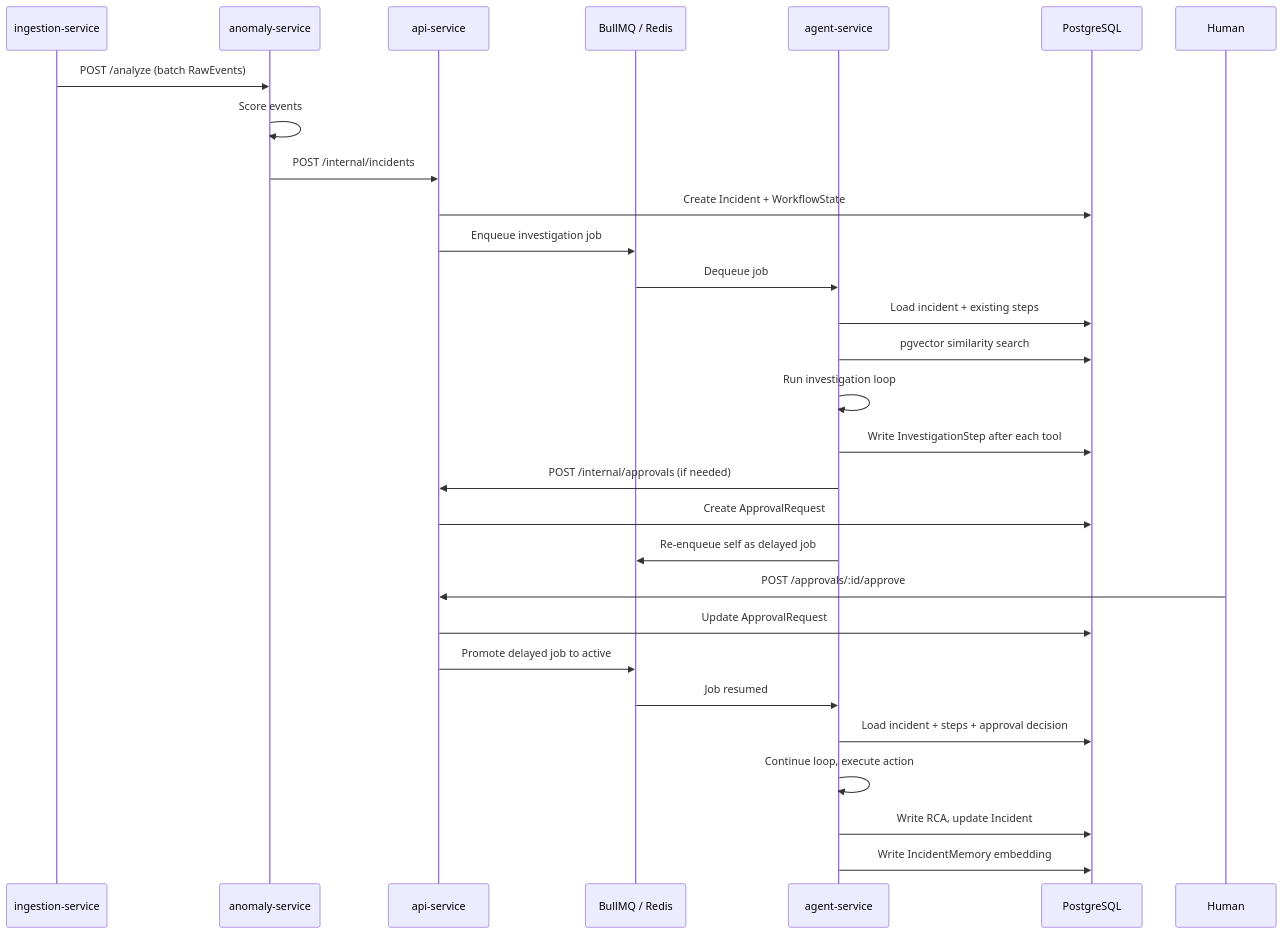
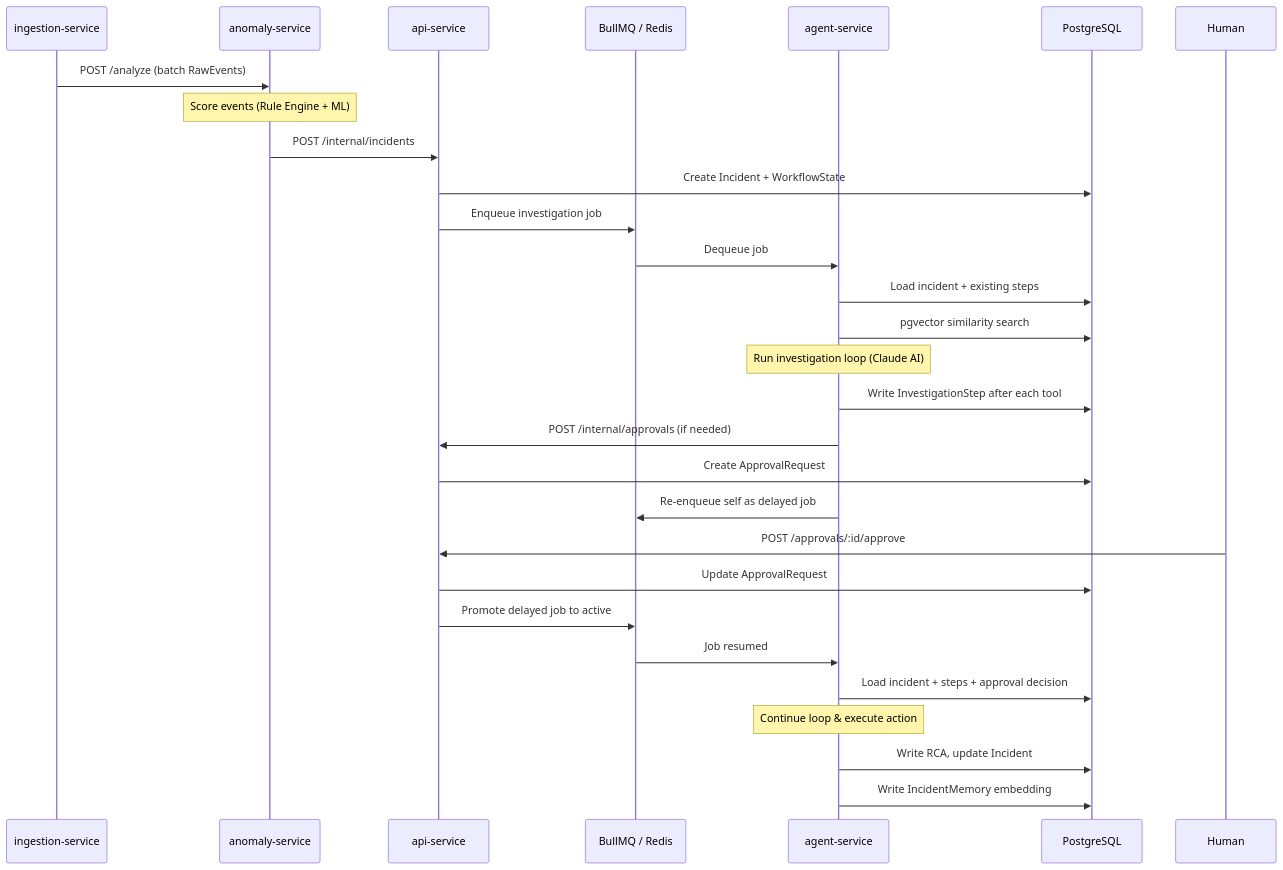
Before and after one commit to SoloDevAbu/OperonAI: the eighth of 11 diagrams in README.md, drawn with Mermaid. The commit also changed other lines of this file, not shown here.

Commit message:
fix(docs): resolve github mermaid curve calculation errors in LLD diagrams

````diff
--- a/README.md
+++ b/README.md
@@ -547,32 +496,32 @@
 ```mermaid
 sequenceDiagram
     participant IS as ingestion-service
     participant AS as anomaly-service
     participant API as api-service
     participant Q as BullMQ / Redis
     participant AGT as agent-service
     participant DB as PostgreSQL
     participant H as Human
 
     IS->>AS: POST /analyze (batch RawEvents)
-    AS->>AS: Score events
+    Note over AS: Score events (Rule Engine + ML)
     AS->>API: POST /internal/incidents
     API->>DB: Create Incident + WorkflowState
     API->>Q: Enqueue investigation job
     Q->>AGT: Dequeue job
     AGT->>DB: Load incident + existing steps
     AGT->>DB: pgvector similarity search
-    AGT->>AGT: Run investigation loop
+    Note over AGT: Run investigation loop (Claude AI)
     AGT->>DB: Write InvestigationStep after each tool
     AGT->>API: POST /internal/approvals (if needed)
     API->>DB: Create ApprovalRequest
     AGT->>Q: Re-enqueue self as delayed job
     H->>API: POST /approvals/:id/approve
     API->>DB: Update ApprovalRequest
     API->>Q: Promote delayed job to active
     Q->>AGT: Job resumed
     AGT->>DB: Load incident + steps + approval decision
-    AGT->>AGT: Continue loop, execute action
+    Note over AGT: Continue loop & execute action
     AGT->>DB: Write RCA, update Incident
     AGT->>DB: Write IncidentMemory embedding
 ```
````
